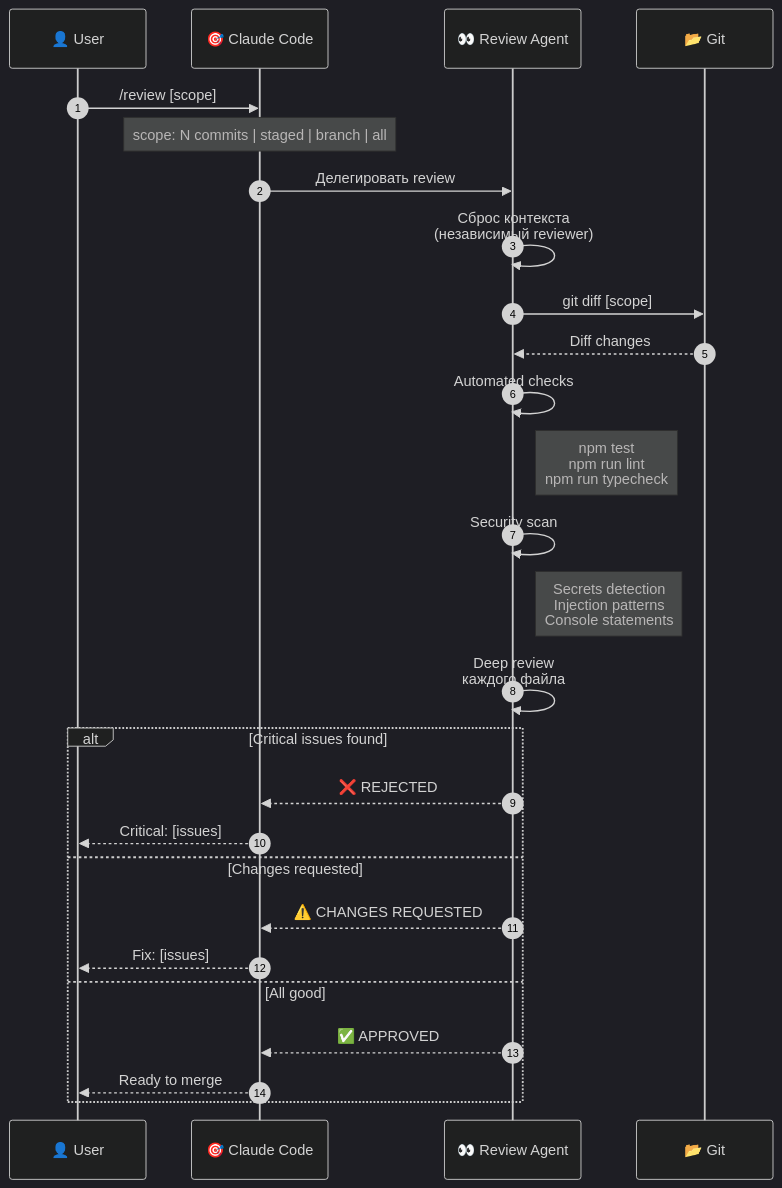
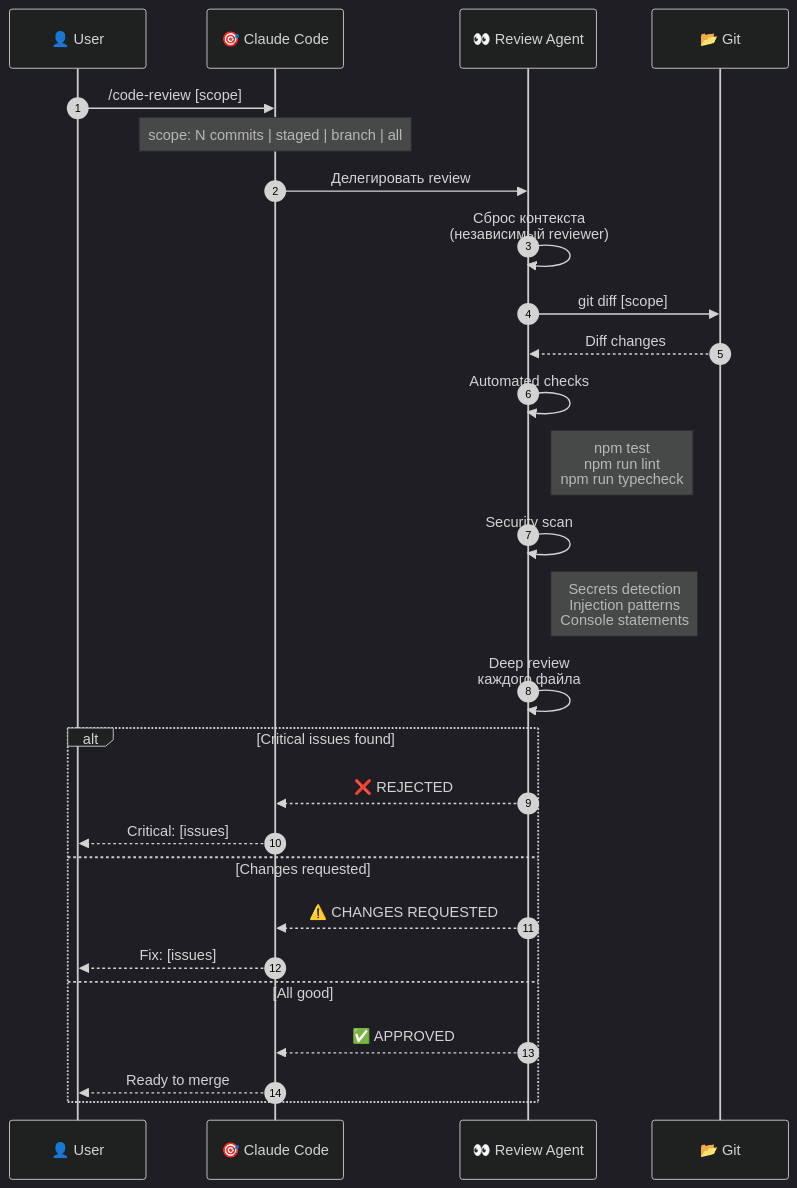
One commit to nikitaCodeSave/Claude-Code-Kit changed the eighth of 12 diagrams in SCENARIOS.md. Above: the diagram before and after it, drawn with Mermaid (dark theme). The commit also changed other lines of this file and 13 other files, not shown here.

First line of the commit message:
feat: add /complete-task command and rename /review to /code-review

````diff
--- a/SCENARIOS.md
+++ b/SCENARIOS.md
@@ -354,38 +354,38 @@
 ```mermaid
 sequenceDiagram
     autonumber
     participant U as 👤 User
     participant C as 🎯 Claude Code
     participant R as 👀 Review Agent
     participant G as 📂 Git
 
-    U->>C: /review [scope]
+    U->>C: /code-review [scope]
     
     Note over C: scope: N commits | staged | branch | all
     
     C->>R: Делегировать review
     
     R->>R: Сброс контекста<br/>(независимый reviewer)
     
     R->>G: git diff [scope]
     G-->>R: Diff changes
     
     R->>R: Automated checks
     Note right of R: npm test<br/>npm run lint<br/>npm run typecheck
     
     R->>R: Security scan
     Note right of R: Secrets detection<br/>Injection patterns<br/>Console statements
     
     R->>R: Deep review<br/>каждого файла
     
     alt Critical issues found
         R-->>C: ❌ REJECTED
         C-->>U: Critical: [issues]
     else Changes requested
         R-->>C: ⚠️ CHANGES REQUESTED
         C-->>U: Fix: [issues]
     else All good
         R-->>C: ✅ APPROVED
         C-->>U: Ready to merge
     end
 ```
````
